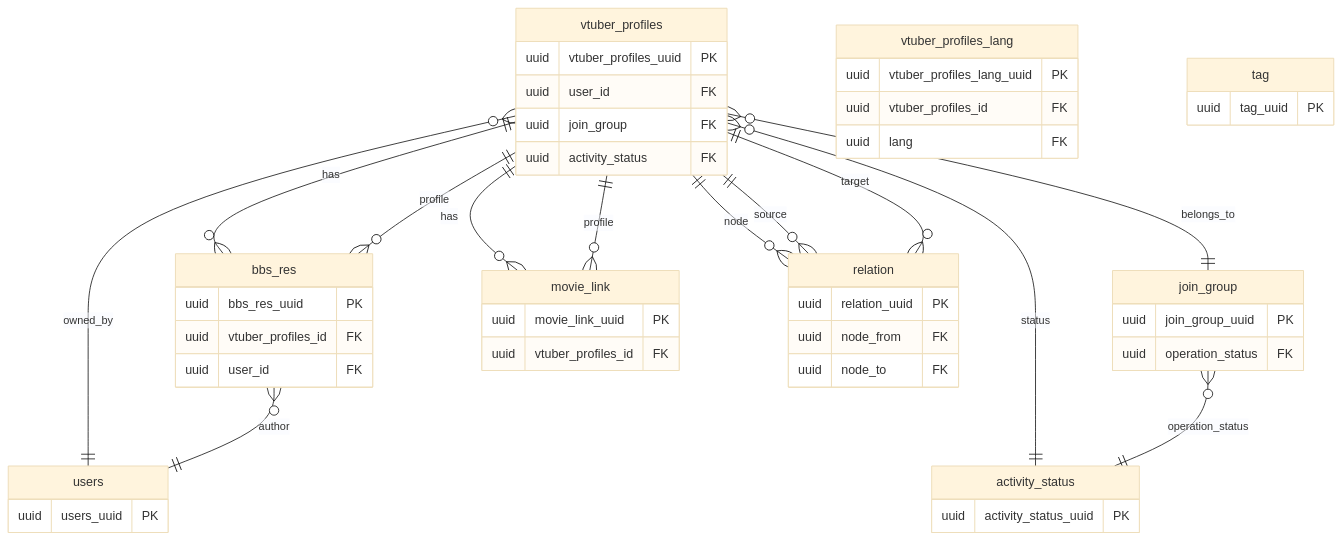
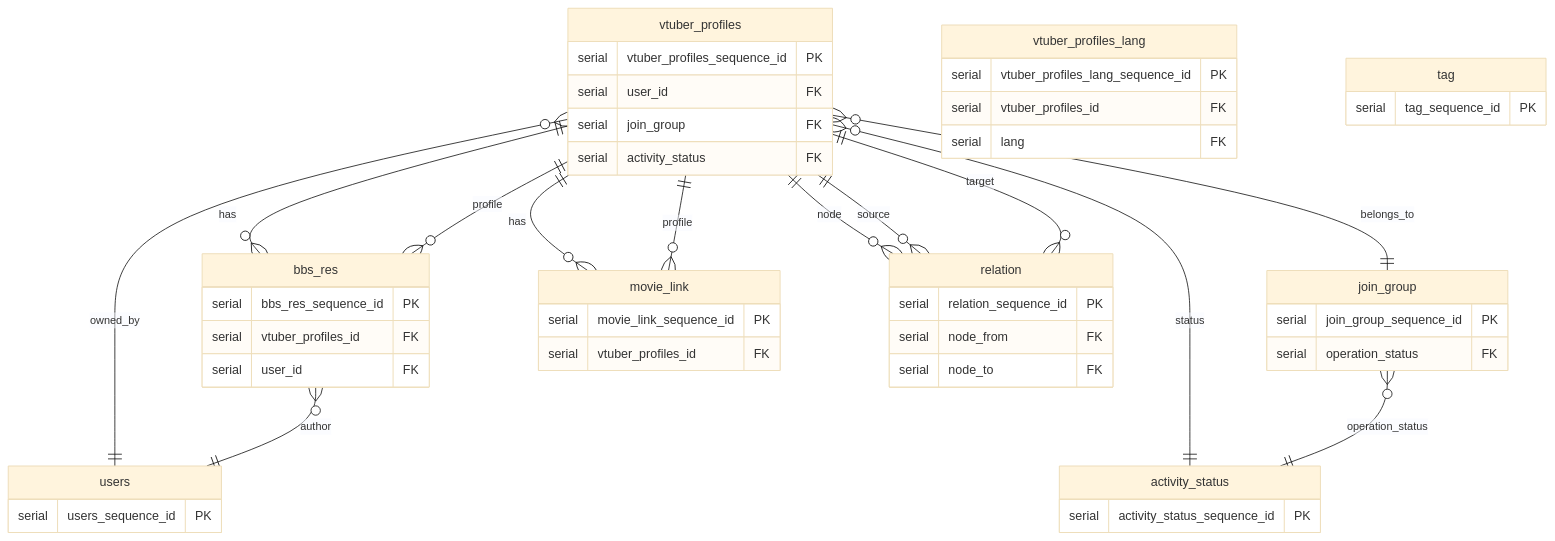
The first of 5 diagrams in .design/DB/DB設計_ER図.md (Soranoana/VtuberMeikan), drawn with Mermaid (base theme) before and after one commit. The commit also changed other lines of this file and 2 other files, not shown here.

````diff
--- a/.design/DB/DB設計_ER図.md
+++ b/.design/DB/DB設計_ER図.md
@@ -6,58 +6,58 @@
 ```mermaid
 erDiagram
     vtuber_profiles {
-        uuid vtuber_profiles_uuid PK
-        uuid user_id FK
-        uuid join_group FK
-        uuid activity_status FK
+        serial vtuber_profiles_sequence_id PK
+        serial user_id FK
+        serial join_group FK
+        serial activity_status FK
     }
     join_group {
-        uuid join_group_uuid PK
-        uuid operation_status FK
+        serial join_group_sequence_id PK
+        serial operation_status FK
     }
     activity_status {
-        uuid activity_status_uuid PK
+        serial activity_status_sequence_id PK
     }
     users {
-        uuid users_uuid PK
+        serial users_sequence_id PK
     }
     bbs_res {
-        uuid bbs_res_uuid PK
-        uuid vtuber_profiles_id FK
-        uuid user_id FK
+        serial bbs_res_sequence_id PK
+        serial vtuber_profiles_id FK
+        serial user_id FK
     }
     movie_link {
-        uuid movie_link_uuid PK
-        uuid vtuber_profiles_id FK
+        serial movie_link_sequence_id PK
+        serial vtuber_profiles_id FK
     }
     relation {
-        uuid relation_uuid PK
-        uuid node_from FK
-        uuid node_to FK
+        serial relation_sequence_id PK
+        serial node_from FK
+        serial node_to FK
     }
     vtuber_profiles_lang {
-        uuid vtuber_profiles_lang_uuid PK
-        uuid vtuber_profiles_id FK
-        uuid lang FK
+        serial vtuber_profiles_lang_sequence_id PK
+        serial vtuber_profiles_id FK
+        serial lang FK
     }
     tag {
-        uuid tag_uuid PK
+        serial tag_sequence_id PK
     }
 
     vtuber_profiles ||--o{ bbs_res : has
     vtuber_profiles ||--o{ movie_link : has
     vtuber_profiles ||--o{ relation : node
     vtuber_profiles }o--|| users : owned_by
     vtuber_profiles }o--|| join_group : belongs_to
     vtuber_profiles }o--|| activity_status : status
 
     join_group }o--|| activity_status : operation_status
 
     bbs_res }o--|| vtuber_profiles : profile
     bbs_res }o--|| users : author
 
     movie_link }o--|| vtuber_profiles : profile
 
     relation }o--|| vtuber_profiles : source
     relation }o--|| vtuber_profiles : target
 ```
````
